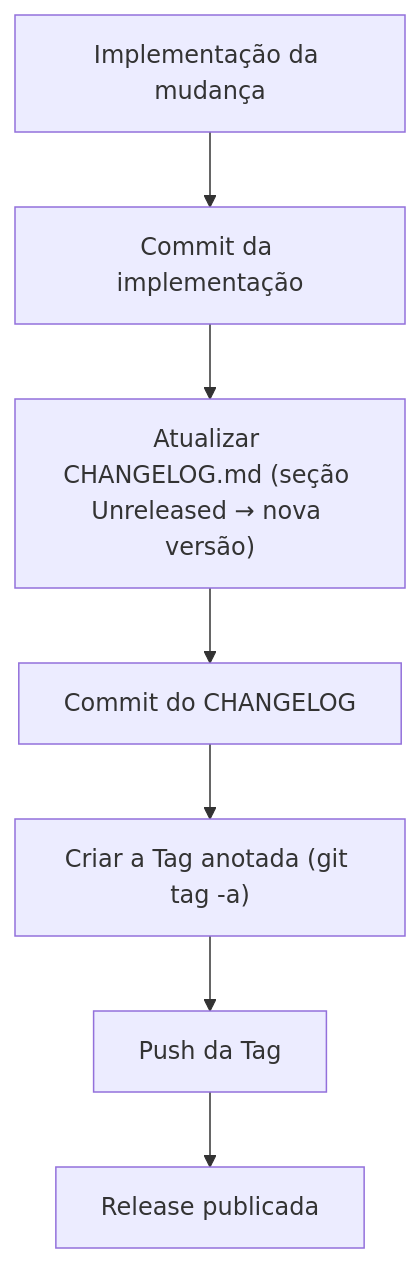
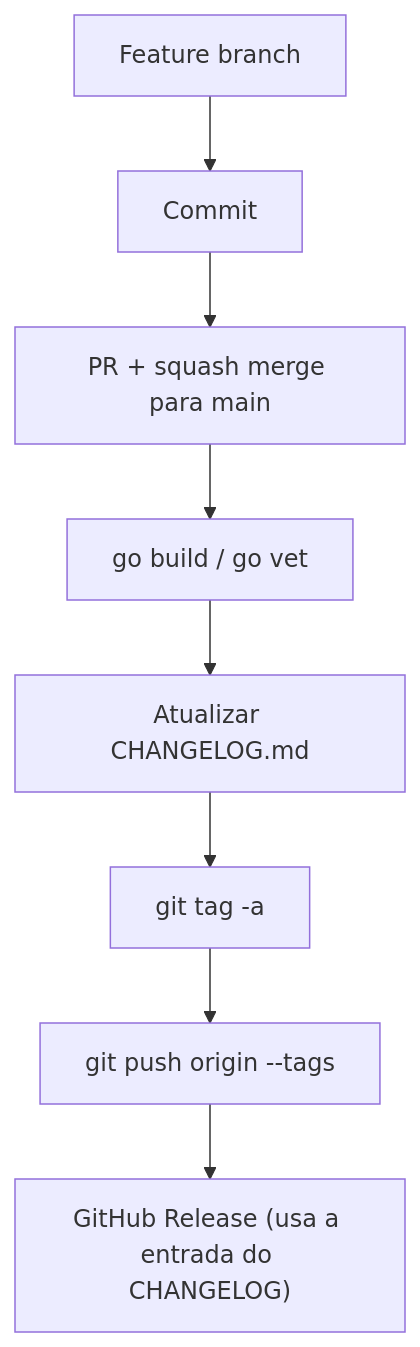
One commit to TETEURYAN/tocli changed the first of 2 diagrams in docs/VERSIONING.md. Above: the diagram before and after it, drawn with Mermaid. The commit also changed other lines of this file, not shown here.

````diff
--- a/docs/VERSIONING.md
+++ b/docs/VERSIONING.md
@@ -317,9 +63,9 @@
 ```mermaid
 flowchart TD
-    A[Implementação da mudança] --> B[Commit da implementação]
-    B --> C["Atualizar CHANGELOG.md (seção Unreleased → nova versão)"]
-    C --> D[Commit do CHANGELOG]
-    D --> E["Criar a Tag anotada (git tag -a)"]
-    E --> F[Push da Tag]
-    F --> G[Release publicada]
+    A[Feature branch] --> B[Commit] --> C[PR + squash merge para main]
+    C --> D["go build / go vet"]
+    D --> E["Atualizar CHANGELOG.md"]
+    E --> F["git tag -a"]
+    F --> G["git push origin --tags"]
+    G --> H["GitHub Release (usa a entrada do CHANGELOG)"]
 ```
````
